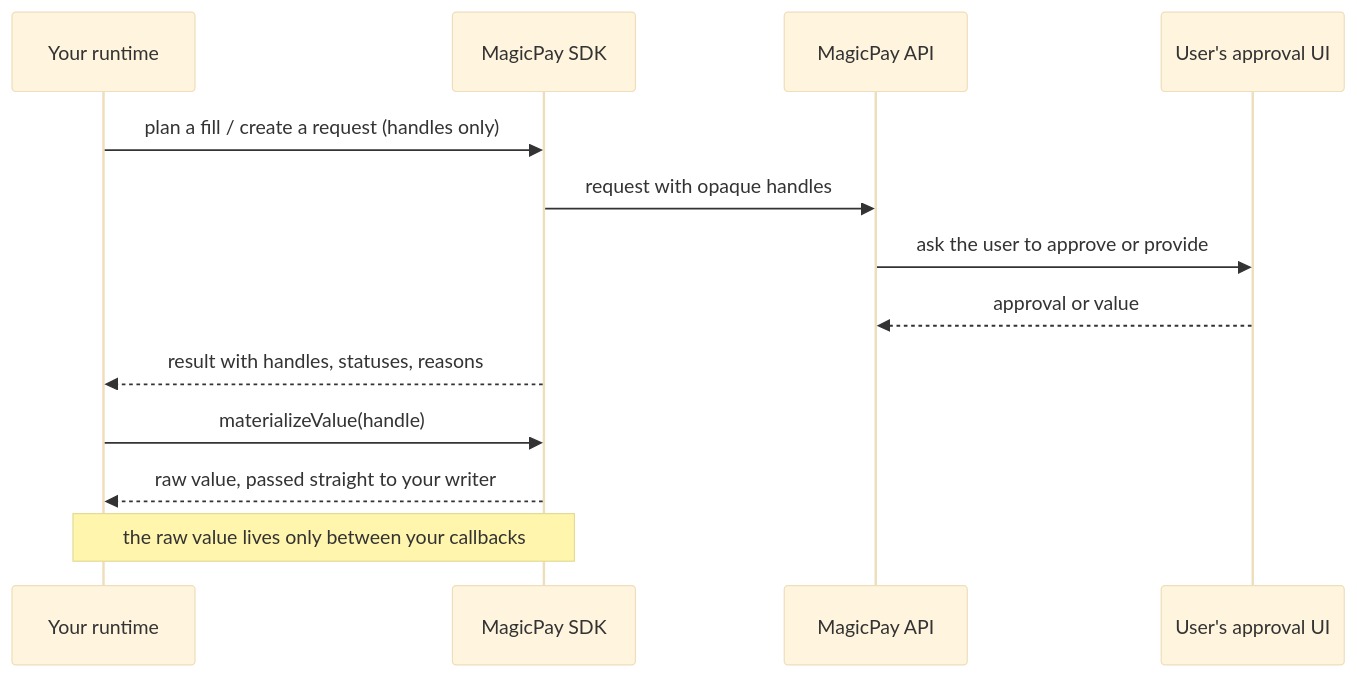
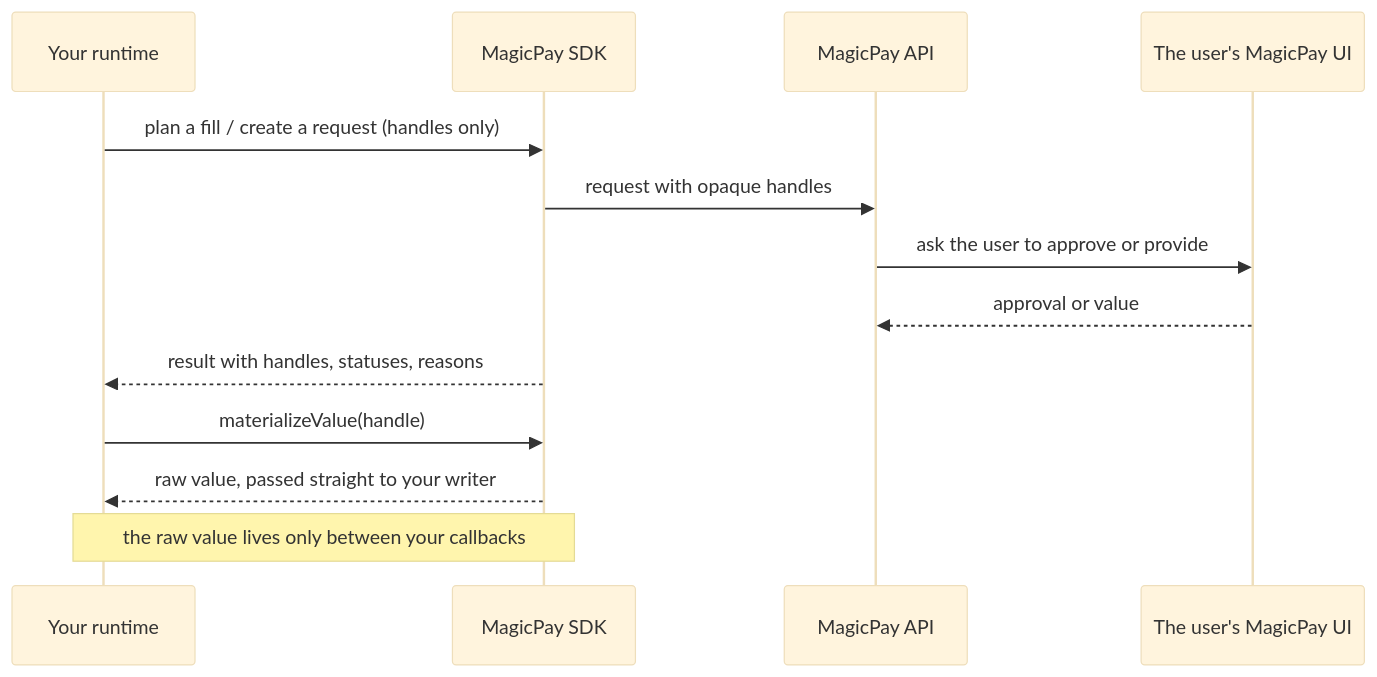
One commit to nuanu-ai/magicpay-sdk changed the diagram in README.md. Above: the diagram before and after it, drawn with Mermaid (base theme). The commit also changed other lines of this file, not shown here.

````diff
--- a/README.md
+++ b/README.md
@@ -44,15 +45,15 @@
 ```mermaid
 sequenceDiagram
     participant R as Your runtime
     participant S as MagicPay SDK
     participant API as MagicPay API
-    participant U as User's approval UI
+    participant U as The user's MagicPay UI
     R->>S: plan a fill / create a request (handles only)
     S->>API: request with opaque handles
     API->>U: ask the user to approve or provide
     U-->>API: approval or value
     S-->>R: result with handles, statuses, reasons
     R->>S: materializeValue(handle)
     S-->>R: raw value, passed straight to your writer
     Note over R,S: the raw value lives only between your callbacks
 ```
````
